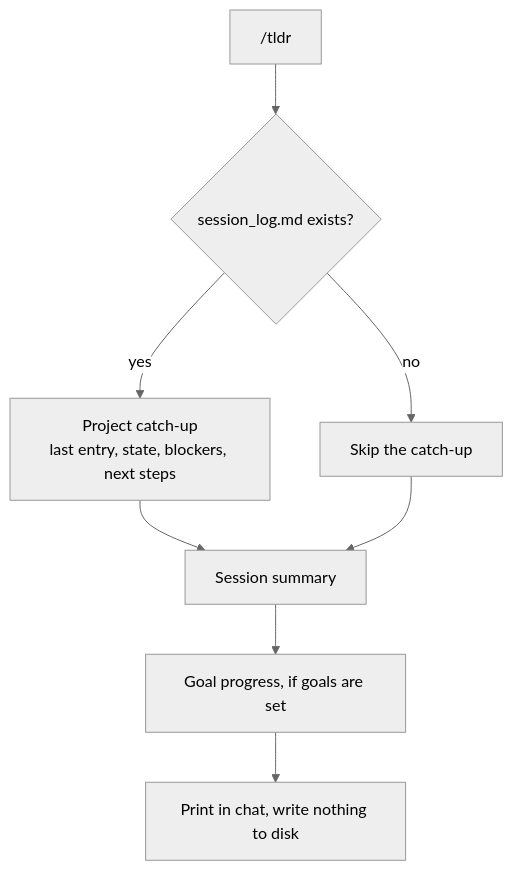
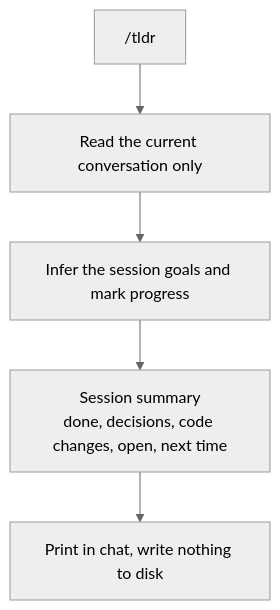
The diagram in tldr/README.md (1shanpanta/skills), drawn with Mermaid (neutral theme) before and after one commit. The commit also changed other lines of this file and 4 other files, not shown here.

Commit message:
[edit] tldr reads only the current session

````diff
--- a/tldr/README.md
+++ b/tldr/README.md
@@ -21,10 +21,7 @@
 ```mermaid
 flowchart TD
-    A["/tldr"] --> B{"session_log.md exists?"}
-    B -- "yes" --> C["Project catch-up<br/>last entry, state, blockers, next steps"]
-    B -- "no" --> D["Skip the catch-up"]
-    C --> E["Session summary"]
-    D --> E
-    E --> F["Goal progress, if goals are set"]
-    F --> G["Print in chat, write nothing to disk"]
+    A["/tldr"] --> B["Read the current conversation only"]
+    B --> C["Infer the session goals and mark progress"]
+    C --> D["Session summary<br/>done, decisions, code changes, open, next time"]
+    D --> E["Print in chat, write nothing to disk"]
 ```
````
